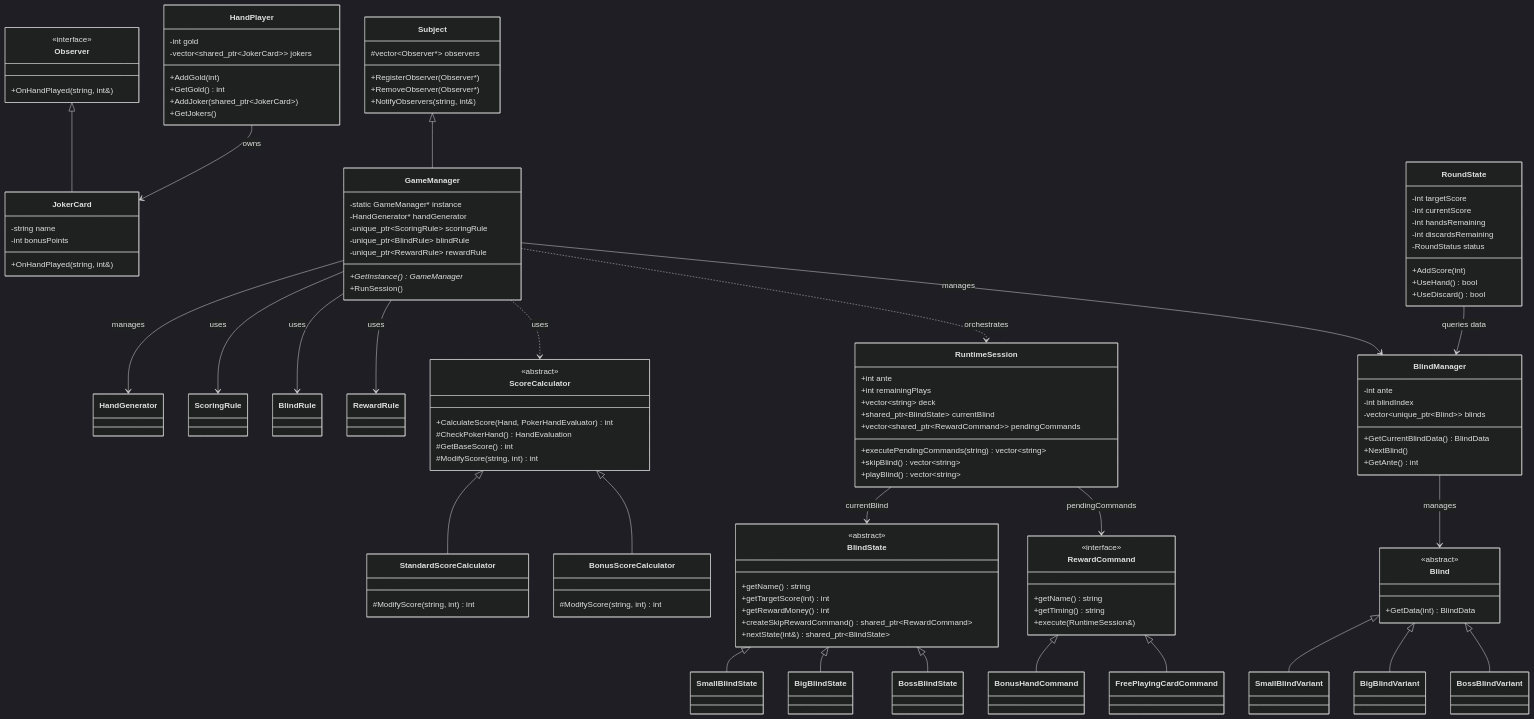
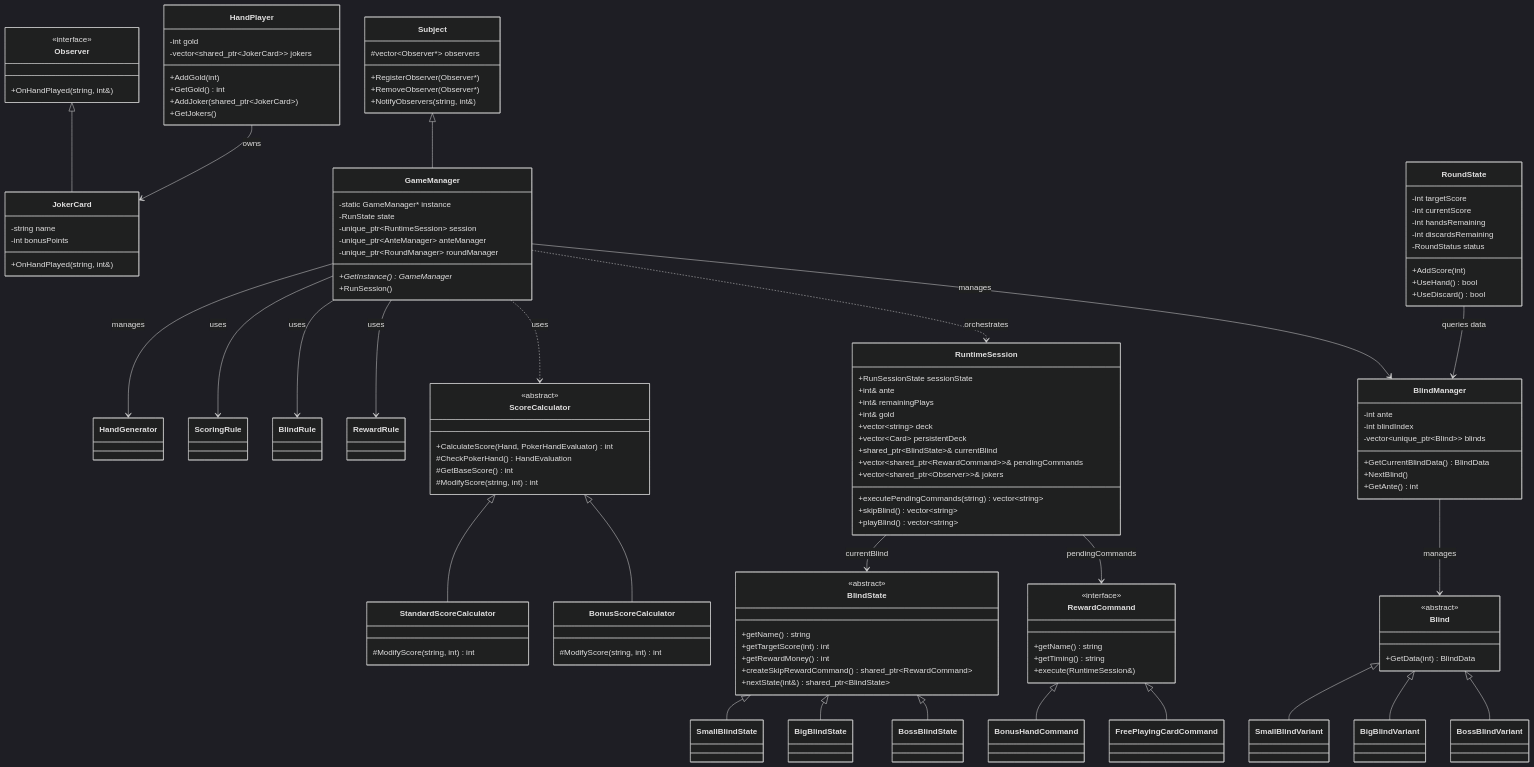
The second of 2 diagrams in docs/design-pattern-analysis.md (Amrhea/Kel.DesignPattern), drawn with Mermaid (dark theme) before and after one commit. The commit also changed 5 other files, not shown here.

Commit message:
Update documentation and changelog to reflect new state separation, round manager, and test suites

```diff
--- a/docs/design-pattern-analysis.md
+++ b/docs/design-pattern-analysis.md
@@ -162,10 +162,10 @@
 
     class GameManager {
         -static GameManager* instance
-        -HandGenerator* handGenerator
-        -unique_ptr~ScoringRule~ scoringRule
-        -unique_ptr~BlindRule~ blindRule
-        -unique_ptr~RewardRule~ rewardRule
+        -RunState state
+        -unique_ptr~RuntimeSession~ session
+        -unique_ptr~AnteManager~ anteManager
+        -unique_ptr~RoundManager~ roundManager
         +GetInstance() GameManager*
         +RunSession()
     }
@@ -217,11 +217,15 @@
     class FreePlayingCardCommand
 
     class RuntimeSession {
-        +int ante
-        +int remainingPlays
+        +RunSessionState sessionState
+        +int& ante
+        +int& remainingPlays
+        +int& gold
         +vector~string~ deck
-        +shared_ptr~BlindState~ currentBlind
-        +vector~shared_ptr~RewardCommand~~ pendingCommands
+        +vector~Card~ persistentDeck
+        +shared_ptr~BlindState~& currentBlind
+        +vector~shared_ptr~RewardCommand~~& pendingCommands
+        +vector~shared_ptr~Observer~~& jokers
         +executePendingCommands(string) vector~string~
         +skipBlind() vector~string~
         +playBlind() vector~string~
```
